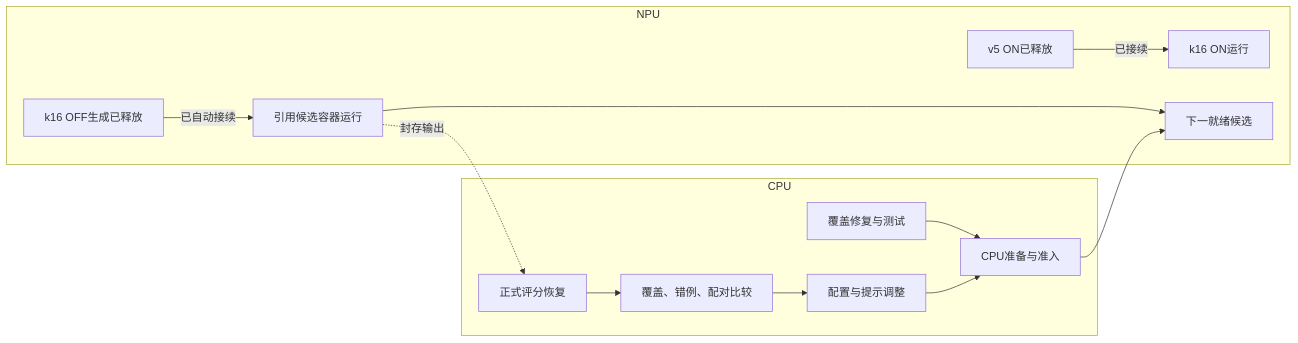
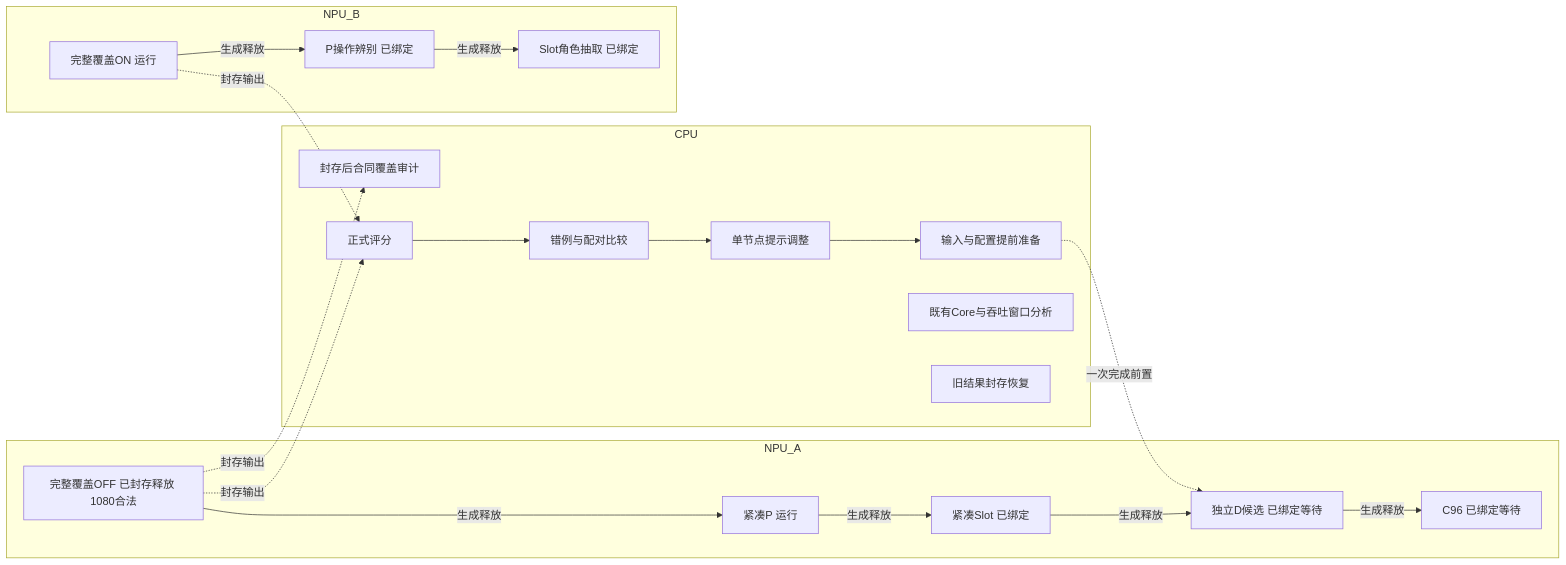
One commit to chaosxingxc-orion/omni changed the diagram in docs/decisions/TFRL-Execution-DAG.md. Above: the diagram before and after it, drawn with Mermaid. The commit also changed other lines of this file and 13 other files, not shown here.

````diff
--- a/docs/decisions/TFRL-Execution-DAG.md
+++ b/docs/decisions/TFRL-Execution-DAG.md
@@ -31,16 +39,25 @@
 ```mermaid
 flowchart LR
   subgraph CPU
-    Fix[覆盖修复与测试] --> Prepare[CPU准备与准入]
-    Score[正式评分恢复] --> Compare[覆盖、错例、配对比较]
-    Compare --> Tune[配置与提示调整]
-    Tune --> Prepare
+    Prep[输入与配置提前准备]
+    Audit[封存后合同覆盖审计]
+    Score[正式评分] --> Compare[错例与配对比较]
+    Compare --> Tune[单节点提示调整] --> Prep
+    Efficiency[既有Core与吞吐窗口分析]
+    Recover[旧结果封存恢复]
   end
-  subgraph NPU
-    A[k16 OFF生成已释放] -->|已自动接续| Cover[引用候选容器运行]
-    B[v5 ON已释放] -->|已接续| K[k16 ON运行]
-    Cover --> Next[下一就绪候选]
+  subgraph NPU_A
+    A[完整覆盖OFF 已封存释放 1080合法] -->|生成释放| CP[紧凑P 运行]
+    CP -->|生成释放| CS[紧凑Slot 已绑定]
+    CS -->|生成释放| D[独立D候选 已绑定等待]
+    D -->|生成释放| C96[C96 已绑定等待]
   end
-  Prepare --> Next
-  Cover -.封存输出.-> Score
+  subgraph NPU_B
+    B[完整覆盖ON 运行] -->|生成释放| P[P操作辨别 已绑定]
+    P -->|生成释放| S[Slot角色抽取 已绑定]
+  end
+  A -.封存输出.-> Audit
+  A -.封存输出.-> Score
+  B -.封存输出.-> Score
+  Prep -.一次完成前置.-> D
 ```
````
